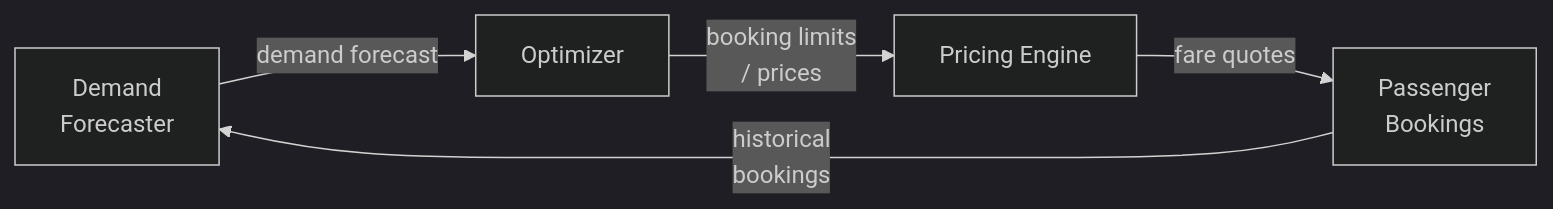
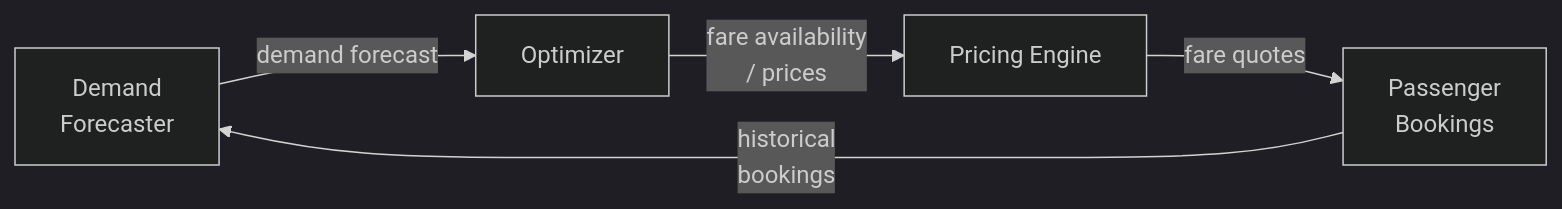
The diagram in posts/fundamentals-of-revenue-management/index.qmd (alekracicot/kernyl-blog), drawn with Mermaid (dark theme) before and after one commit. The commit also changed other lines of this file and 1 other file, not shown here.

````diff
--- a/posts/fundamentals-of-revenue-management/index.qmd
+++ b/posts/fundamentals-of-revenue-management/index.qmd
@@ -38,9 +38,9 @@
 ```{mermaid}
 %%| label: fig-rm-loop
 %%| fig-cap: "The revenue management feedback loop."
 flowchart LR
     F[Demand<br/>Forecaster] -->|demand forecast| O[Optimizer]
-    O -->|booking limits<br/>/ prices| Q[Pricing Engine]
+    O -->|fare availability<br/>/ prices| Q[Pricing Engine]
     Q -->|fare quotes| B[Passenger<br/>Bookings]
     B -->|historical<br/>bookings| F
 ```
````
